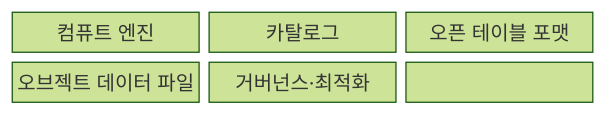
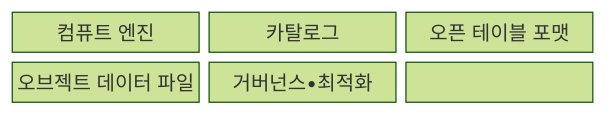
Before and after one commit to agnusdei1207/knowledge-base: the first of 2 diagrams in src/content/docs/notes/08-latest-tech/189_data_lakehouse.md, drawn with Mermaid (forest theme). The commit also changed other lines of this file and 953 other files, not shown here.

````diff
--- a/src/content/docs/notes/08-latest-tech/189_data_lakehouse.md
+++ b/src/content/docs/notes/08-latest-tech/189_data_lakehouse.md
@@ -64,11 +64,11 @@
 ```mermaid
 block-beta
   columns 3
   N0["컴퓨트 엔진"]
   N1["카탈로그"]
   N2["오픈 테이블 포맷"]
   N3["오브젝트 데이터 파일"]
-  N4["거버넌스·최적화"]
+  N4["거버넌스•최적화"]
   N0 --- N1 --- N2
   N2 --- N3 --- N4
 ```
````
